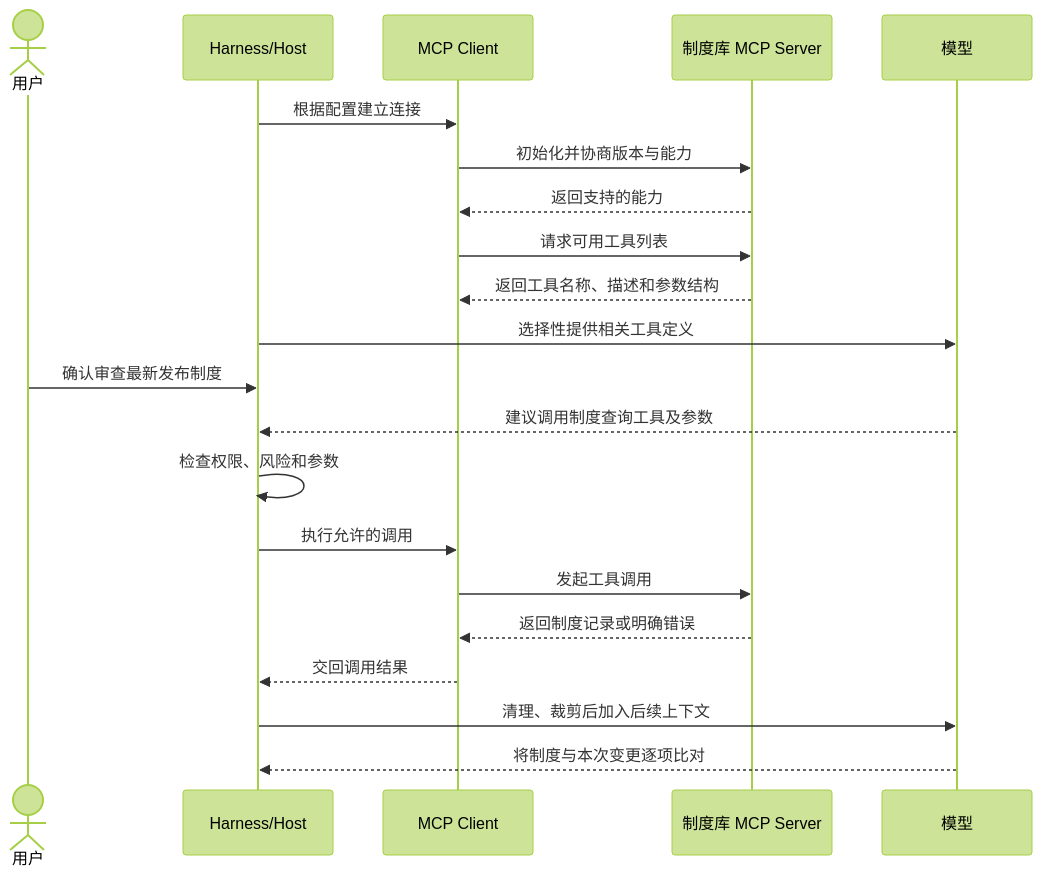
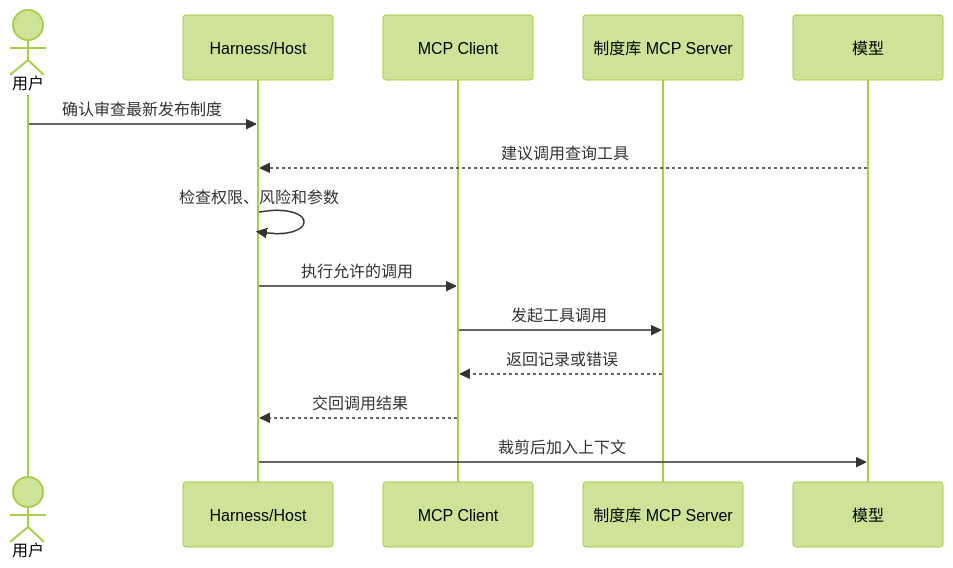
One commit to FoLaJJ/agent-systems-notes changed the eighth of 11 diagrams in docs/03-foundations.md. Above: the diagram before and after it, drawn with Mermaid (forest theme). The commit also changed other lines of this file and 11 other files, not shown here.

Commit message:
Improve Mermaid diagram readability

````diff
--- a/docs/03-foundations.md
+++ b/docs/03-foundations.md
@@ -246,24 +270,16 @@
 ```mermaid
 sequenceDiagram
     actor U as 用户
     participant H as Harness/Host
     participant C as MCP Client
     participant S as 制度库 MCP Server
     participant L as 模型
-
-    H->>C: 根据配置建立连接
-    C->>S: 初始化并协商版本与能力
-    S-->>C: 返回支持的能力
-    C->>S: 请求可用工具列表
-    S-->>C: 返回工具名称、描述和参数结构
-    H->>L: 选择性提供相关工具定义
     U->>H: 确认审查最新发布制度
-    L-->>H: 建议调用制度查询工具及参数
+    L-->>H: 建议调用查询工具
     H->>H: 检查权限、风险和参数
     H->>C: 执行允许的调用
     C->>S: 发起工具调用
-    S-->>C: 返回制度记录或明确错误
+    S-->>C: 返回记录或错误
     C-->>H: 交回调用结果
-    H->>L: 清理、裁剪后加入后续上下文
-    L-->>H: 将制度与本次变更逐项比对
+    H->>L: 裁剪后加入上下文
 ```
````
